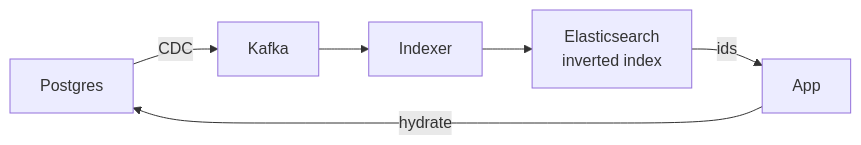
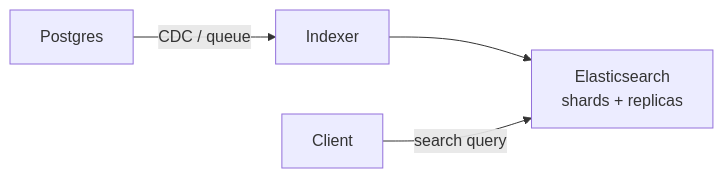
One commit to rakshitagarwal/champ-dsa changed the diagram in content/system-design/elasticsearch.md. Above: the diagram before and after it, drawn with Mermaid. The commit also changed other lines of this file and 100 other files, not shown here.

````diff
--- a/content/system-design/elasticsearch.md
+++ b/content/system-design/elasticsearch.md
@@ -25,8 +20,6 @@
 ```mermaid
 graph LR
-    A[Postgres] -->|CDC| B[Kafka]
-    B --> C[Indexer]
-    C --> D[Elasticsearch<br/>inverted index]
-    D -->|ids| E[App]
-    E -->|hydrate| A
+    A[Postgres] -->|CDC / queue| B[Indexer]
+    B --> C[Elasticsearch<br/>shards + replicas]
+    D[Client] -->|search query| C
 ```
````
